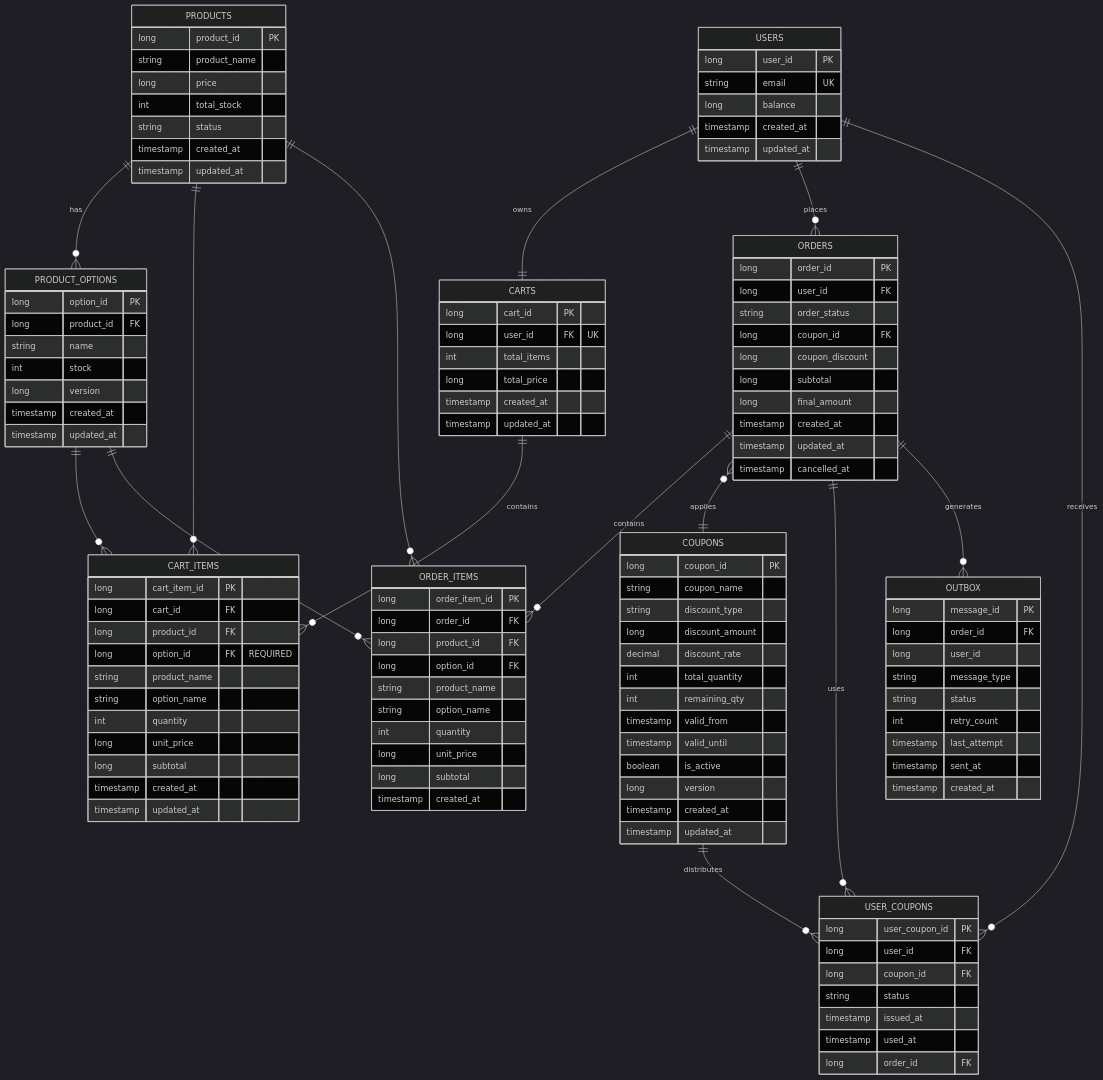
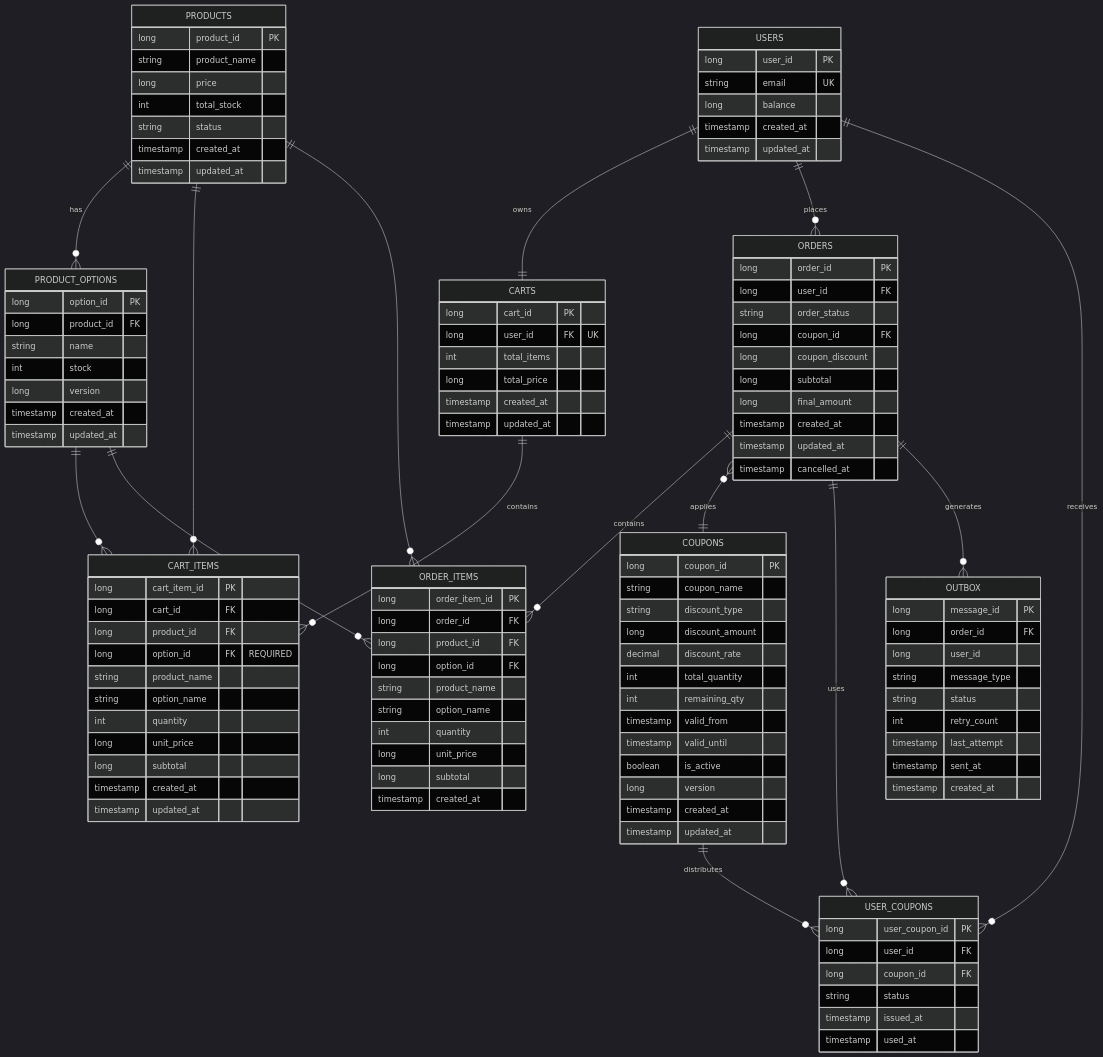
Before and after one commit to sujung00/e-commerce: the diagram in docs/api/data-models.md, drawn with Mermaid (dark theme). The commit also changed other lines of this file and 4 other files, not shown here.

```diff
--- a/docs/api/data-models.md
+++ b/docs/api/data-models.md
@@ -439,7 +440,6 @@
         string status
         timestamp issued_at
         timestamp used_at
-        long order_id FK
     }
 
     OUTBOX {
```
